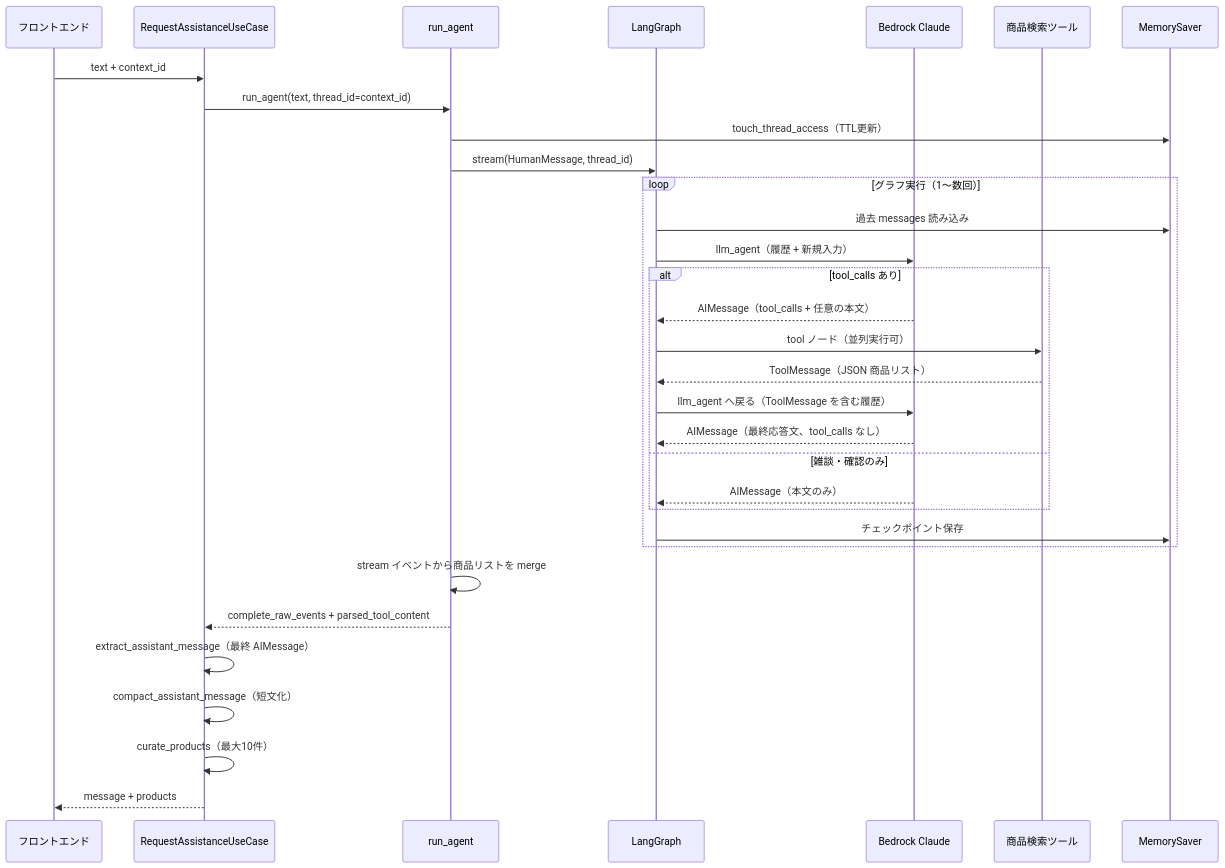
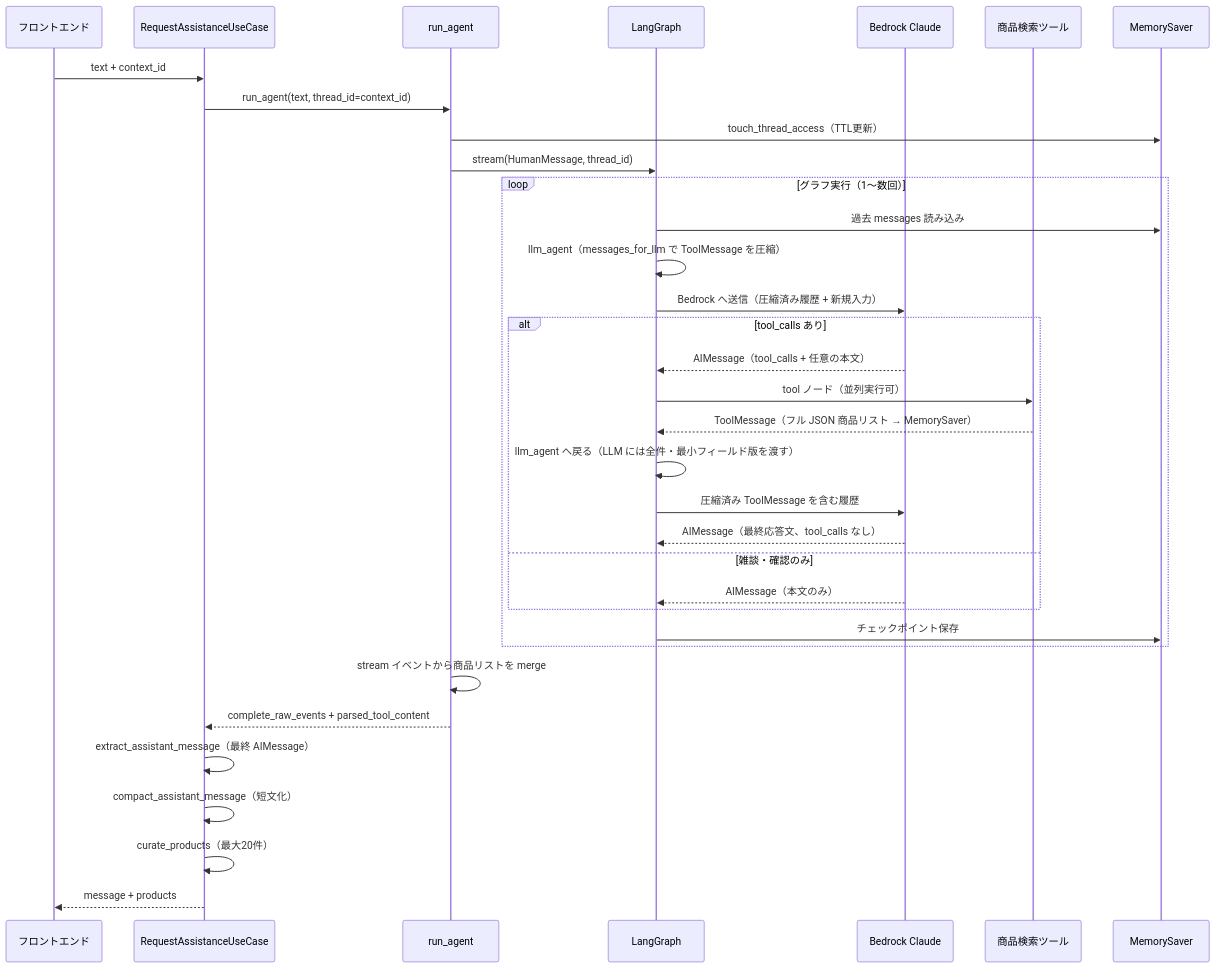
The first of 3 diagrams in docs/langgraph-agent.md (koichi2426/Shoppie), drawn with Mermaid before and after one commit. The commit also changed other lines of this file and 3 other files, not shown here.

````diff
--- a/docs/langgraph-agent.md
+++ b/docs/langgraph-agent.md
@@ -25,37 +26,39 @@
 ```mermaid
 sequenceDiagram
     participant FE as フロントエンド
     participant UC as RequestAssistanceUseCase
     participant RA as run_agent
     participant G as LangGraph
     participant LLM as Bedrock Claude
     participant T as 商品検索ツール
     participant M as MemorySaver
 
     FE->>UC: text + context_id
     UC->>RA: run_agent(text, thread_id=context_id)
     RA->>M: touch_thread_access（TTL更新）
     RA->>G: stream(HumanMessage, thread_id)
 
     loop グラフ実行（1〜数回）
         G->>M: 過去 messages 読み込み
-        G->>LLM: llm_agent（履歴 + 新規入力）
+        G->>G: llm_agent（messages_for_llm で ToolMessage を圧縮）
+        G->>LLM: Bedrock へ送信（圧縮済み履歴 + 新規入力）
         alt tool_calls あり
             LLM-->>G: AIMessage（tool_calls + 任意の本文）
             G->>T: tool ノード（並列実行可）
-            T-->>G: ToolMessage（JSON 商品リスト）
-            G->>LLM: llm_agent へ戻る（ToolMessage を含む履歴）
+            T-->>G: ToolMessage（フル JSON 商品リスト → MemorySaver）
+            G->>G: llm_agent へ戻る（LLM には全件・最小フィールド版を渡す）
+            G->>LLM: 圧縮済み ToolMessage を含む履歴
             LLM-->>G: AIMessage（最終応答文、tool_calls なし）
         else 雑談・確認のみ
             LLM-->>G: AIMessage（本文のみ）
         end
         G->>M: チェックポイント保存
     end
 
     RA->>RA: stream イベントから商品リストを merge
     RA-->>UC: complete_raw_events + parsed_tool_content
     UC->>UC: extract_assistant_message（最終 AIMessage）
     UC->>UC: compact_assistant_message（短文化）
-    UC->>UC: curate_products（最大10件）
+    UC->>UC: curate_products（最大20件）
     UC-->>FE: message + products
 ```
````
